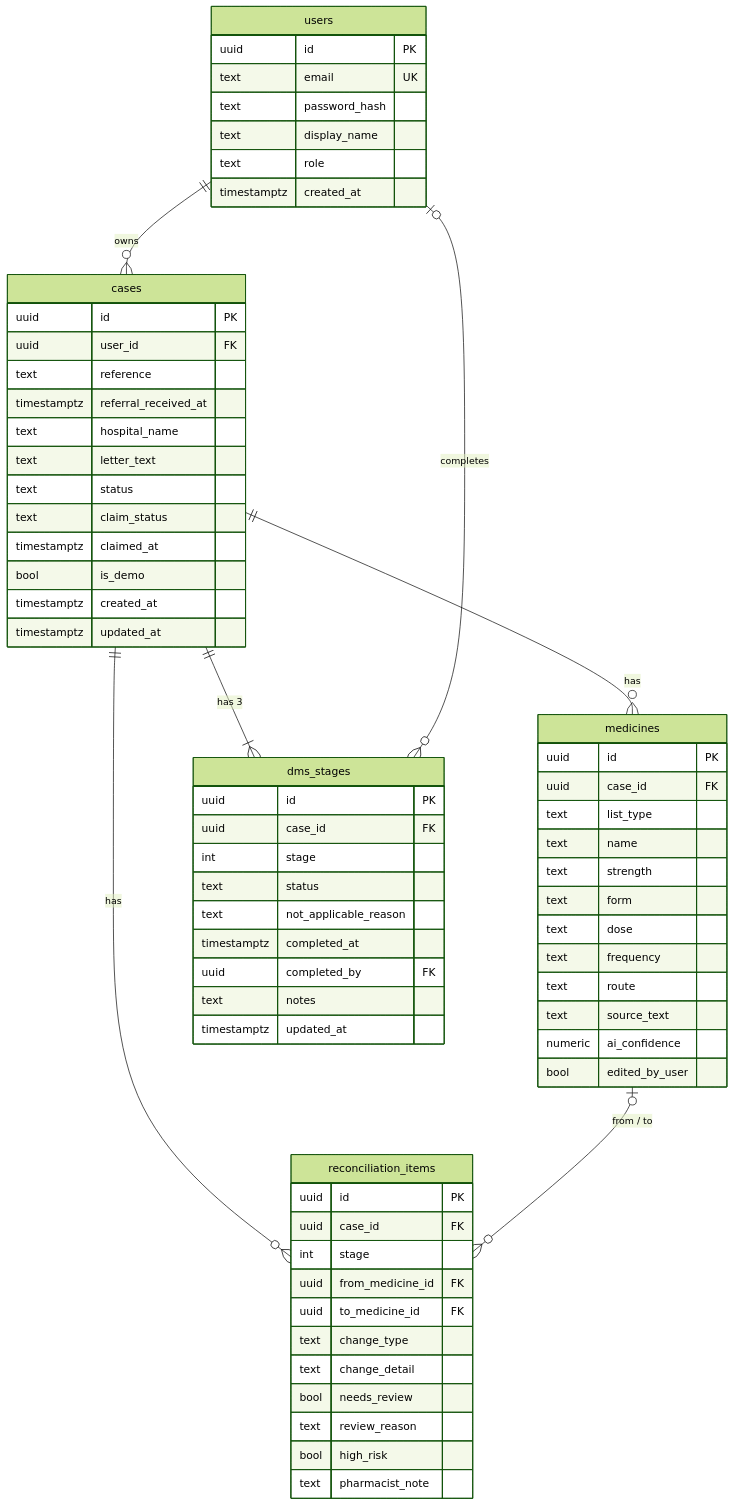
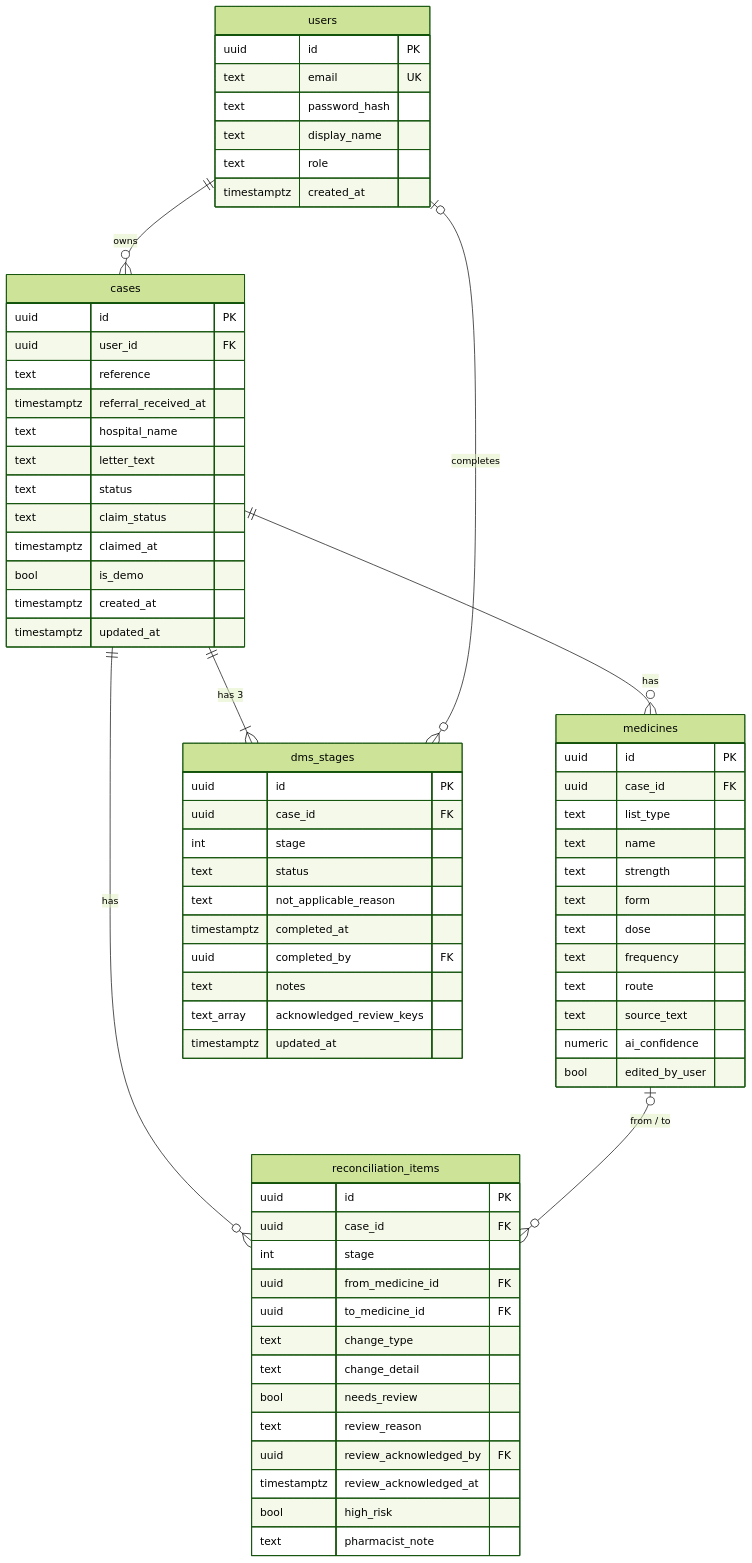
Before and after one commit to 21walel-DATA/dischargeiq: the second of 2 diagrams in docs/architecture.md, drawn with Mermaid (forest theme). The commit also changed other lines of this file and 6 other files, not shown here.

````diff
--- a/docs/architecture.md
+++ b/docs/architecture.md
@@ -131,69 +133,72 @@
 ```mermaid
 erDiagram
   users ||--o{ cases : owns
   cases ||--o{ medicines : has
   cases ||--|{ dms_stages : "has 3"
   cases ||--o{ reconciliation_items : has
   medicines |o--o{ reconciliation_items : "from / to"
   users |o--o{ dms_stages : completes
   users {
     uuid id PK
     text email UK
     text password_hash
     text display_name
     text role
     timestamptz created_at
   }
   cases {
     uuid id PK
     uuid user_id FK
     text reference
     timestamptz referral_received_at
     text hospital_name
     text letter_text
     text status
     text claim_status
     timestamptz claimed_at
     bool is_demo
     timestamptz created_at
     timestamptz updated_at
   }
   dms_stages {
     uuid id PK
     uuid case_id FK
     int stage
     text status
     text not_applicable_reason
     timestamptz completed_at
     uuid completed_by FK
     text notes
+    text_array acknowledged_review_keys
     timestamptz updated_at
   }
   medicines {
     uuid id PK
     uuid case_id FK
     text list_type
     text name
     text strength
     text form
     text dose
     text frequency
     text route
     text source_text
     numeric ai_confidence
     bool edited_by_user
   }
   reconciliation_items {
     uuid id PK
     uuid case_id FK
     int stage
     uuid from_medicine_id FK
     uuid to_medicine_id FK
     text change_type
     text change_detail
     bool needs_review
     text review_reason
+    uuid review_acknowledged_by FK
+    timestamptz review_acknowledged_at
     bool high_risk
     text pharmacist_note
   }
 ```
````
